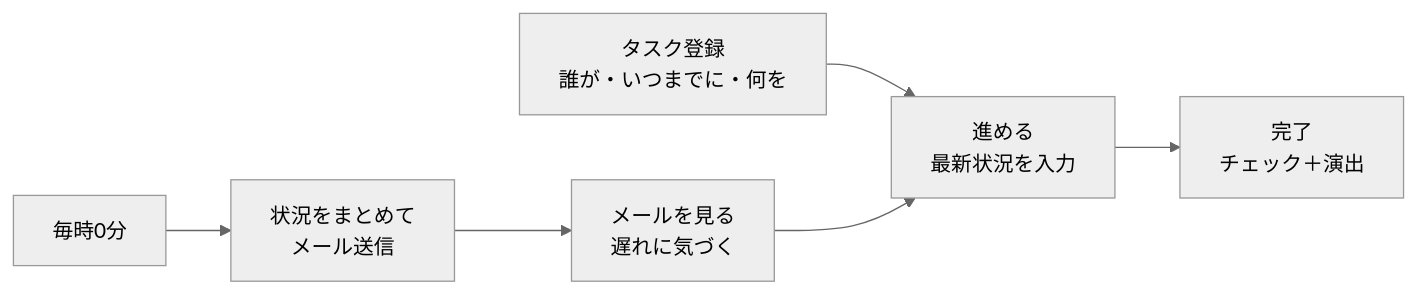
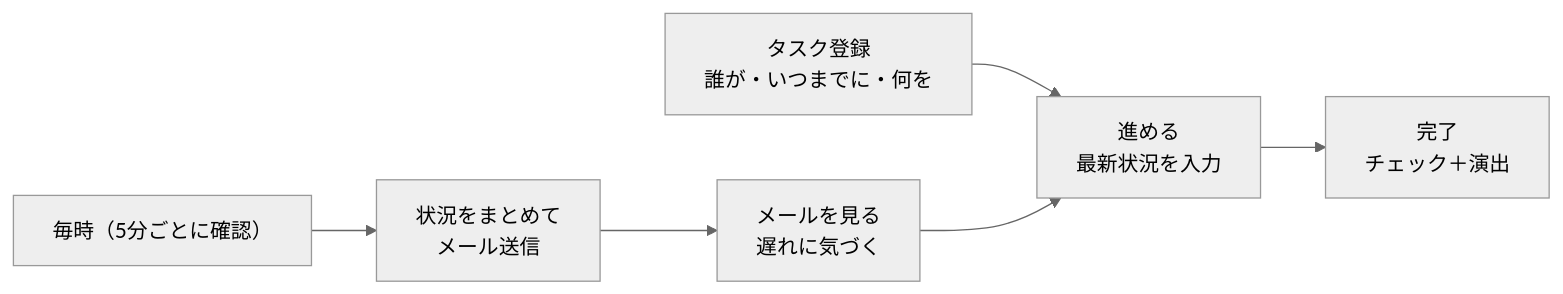
Before and after one commit to nekoroboman/nekoroboman: the diagram in docs/requirements.md, drawn with Mermaid (neutral theme). The commit also changed other lines of this file and 18 other files, not shown here.

````diff
--- a/docs/requirements.md
+++ b/docs/requirements.md
@@ -35,8 +31,8 @@
 ```mermaid
 flowchart LR
   a["タスク登録<br/>誰が・いつまでに・何を"] --> b["進める<br/>最新状況を入力"]
   b --> c["完了<br/>チェック＋演出"]
-  t["毎時0分"] --> m["状況をまとめて<br/>メール送信"]
+  t["毎時（5分ごとに確認）"] --> m["状況をまとめて<br/>メール送信"]
   m --> v["メールを見る<br/>遅れに気づく"]
   v --> b
 ```
````
